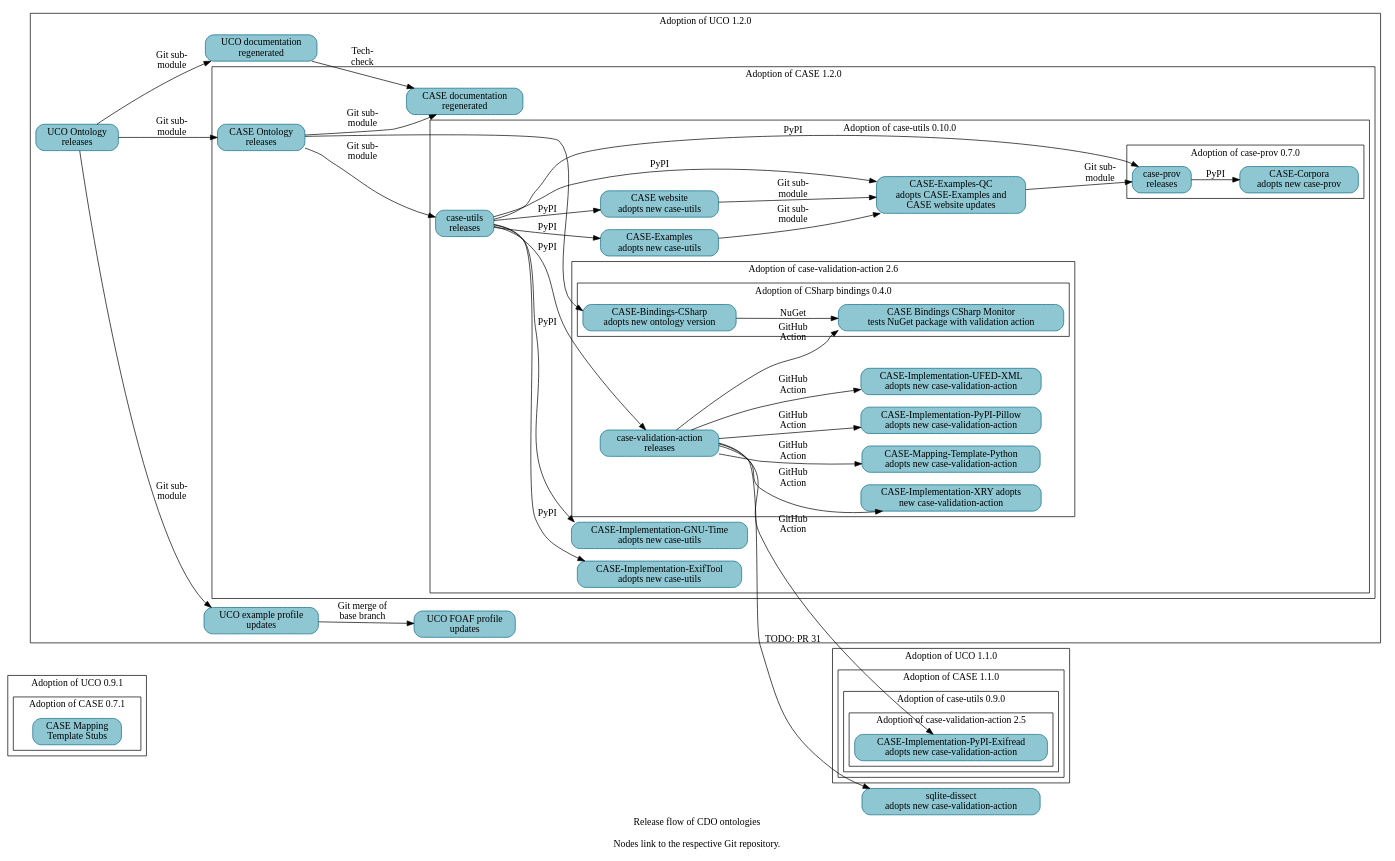
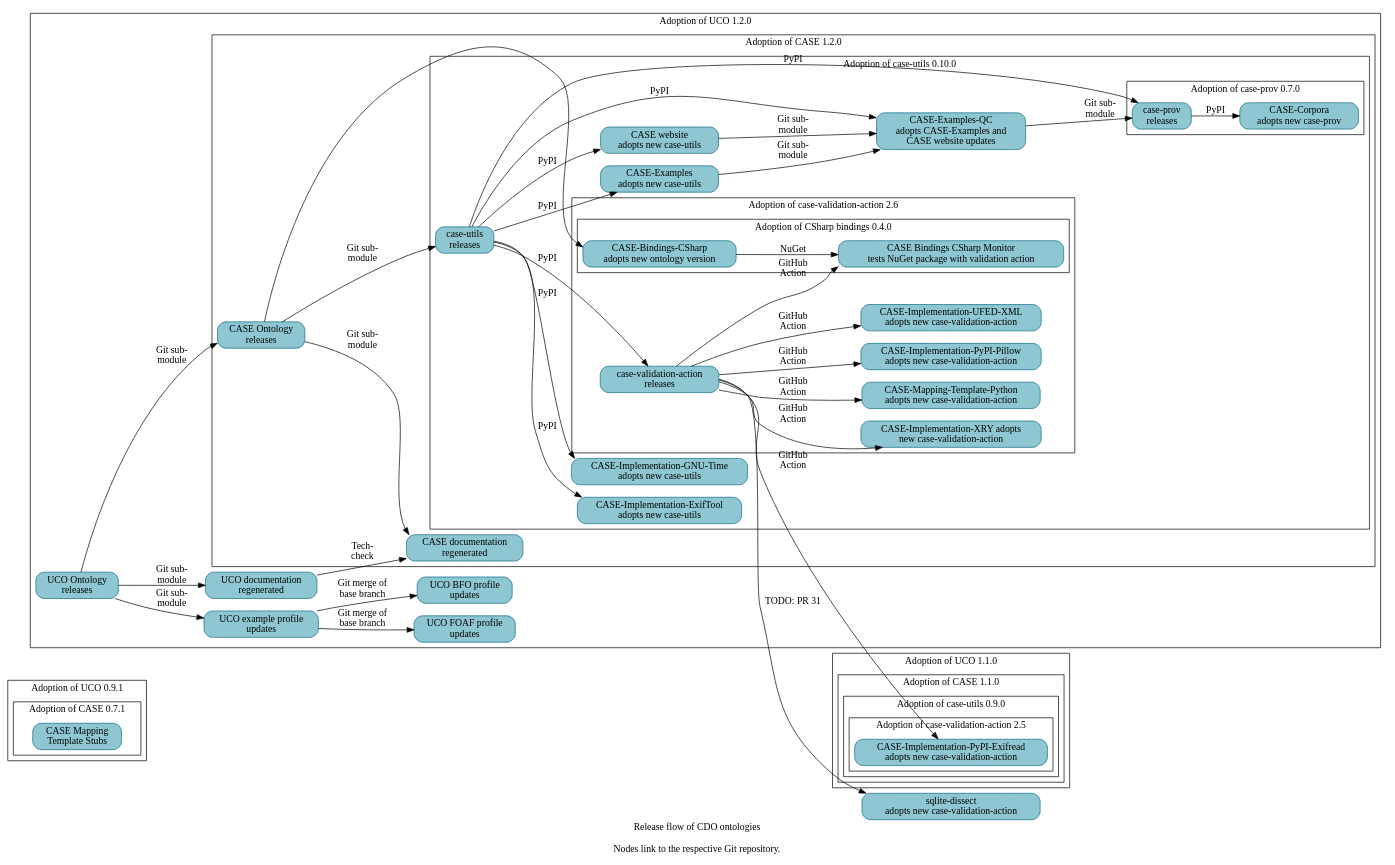
One commit to Cyber-Domain-Ontology/cdo.github.io changed the diagram in resources/project_release_flow.dot. Above: the diagram before and after it, drawn with Graphviz.

Commit message:
Add UCO-Profile-BFO
A follow-on patch will regenerate Make-managed files.

```diff
--- a/resources/project_release_flow.dot
+++ b/resources/project_release_flow.dot
@@ -1,115 +1,117 @@
 digraph "cdo_release_flow" {
   label = "Release flow of CDO ontologies\n\nNodes link to the respective Git repository." ;
   rankdir = "LR" ;
   node [shape="rectangle" style="filled,rounded" fillcolor="#8EC7D2" color="#0D6986"] ;
 
 
   // Define nodes in their corresponding progress subgraph.
 
   subgraph cluster_uco_0_9_1 {
     label = "Adoption of UCO 0.9.1" ;
 
     subgraph cluster_case_0_7_1 {
       label = "Adoption of CASE 0.7.1" ;
       _GH__CASEWORK__CASE_MAPPING_TEMPLATE_STUBS [URL="https://github.com/casework/CASE-Mapping-Template-Stubs" label="CASE Mapping\nTemplate Stubs"] ;
     }
   }
   subgraph cluster_uco_1_1_0 {
     label = "Adoption of UCO 1.1.0" ;
 
     subgraph cluster_case_1_1_0 {
       label = "Adoption of CASE 1.1.0" ;
 
       subgraph cluster_case_utils_0_9_0 {
         label = "Adoption of case-utils 0.9.0" ;
 
         subgraph cluster_case_validation_action_2_5 {
           label = "Adoption of case-validation-action 2.5" ;
 
           _GH__CASEWORK__CASE_IMPLEMENTATON_PYPI_EXIFREAD [URL="https://github.com/casework/CASE-Implementation-PyPI-Exifread" label="CASE-Implementation-PyPI-Exifread\nadopts new case-validation-action"] ;
         }
       }
     }
   }
   subgraph cluster_uco_1_2_0 {
     label = "Adoption of UCO 1.2.0" ;
 
     _GH__UCOPROJECT__ONTOLOGY_UNIFIEDCYBERONTOLOGY_ORG [URL="https://github.com/ucoProject/ontology.unifiedcyberontology.org" label="UCO documentation\nregenerated"] ;
     _GH__UCOPROJECT__UCO [URL="https://github.com/ucoProject/UCO" label="UCO Ontology\nreleases"] ;
+    _GH__UCOPROJECT__UCO_PROFILE_BFO [URL="https://github.com/ucoProject/UCO-Profile-BFO" label="UCO BFO profile\nupdates"] ;
     _GH__UCOPROJECT__UCO_PROFILE_EXAMPLE [URL="https://github.com/ucoProject/UCO-Profile-Example" label="UCO example profile\nupdates"] ;
     _GH__UCOPROJECT__UCO_PROFILE_FOAF [URL="https://github.com/ucoProject/UCO-Profile-FOAF" label="UCO FOAF profile\nupdates"] ;
 
     subgraph cluster_case_1_2_0 {
       label = "Adoption of CASE 1.2.0" ;
 
       _GH__CASEWORK__CASE [URL="https://github.com/casework/CASE" label="CASE Ontology\nreleases"] ;
       _GH__CASEWORK__ONTOLOGY_CASEONTOLOGY_ORG [URL="https://github.com/casework/ontology.caseontology.org" label="CASE documentation\nregenerated"] ;
 
       subgraph cluster_case_utils_0_10_0 {
         label = "Adoption of case-utils 0.10.0" ;
 
         _GH__AJNELSON_NIST__CASE_EXAMPLES_QC [URL="https://github.com/ajnelson-nist/CASE-Examples-QC" label="CASE-Examples-QC\nadopts CASE-Examples and\nCASE website updates"] ;
         _GH__CASEWORK__CASE_EXAMPLES [URL="https://github.com/casework/CASE-Examples" label="CASE-Examples\nadopts new case-utils"] ;
         _GH__CASEWORK__CASE_IMPLEMENTATON_EXIFTOOL [URL="https://github.com/casework/CASE-Implementation-ExifTool" label="CASE-Implementation-ExifTool\nadopts new case-utils"] ;
         _GH__CASEWORK__CASE_IMPLEMENTATON_GNU_TIME [URL="https://github.com/casework/CASE-Implementation-GNU-Time" label="CASE-Implementation-GNU-Time\nadopts new case-utils"] ;
         _GH__CASEWORK__CASE_UTILITIES_PYTHON [URL="https://github.com/casework/CASE-Utilities-Python" label="case-utils\nreleases"] ;
         _GH__CASEWORK__CASEWORK_GITHUB_IO [URL="https://github.com/casework/casework.github.io" label="CASE website\nadopts new case-utils"] ;
 
         subgraph cluster_case_prov_0_7_0 {
           label = "Adoption of case-prov 0.7.0" ;
 
           _GH__CASEWORK__CASE_CORPORA [URL="https://github.com/casework/CASE-Corpora" label="CASE-Corpora\nadopts new case-prov"] ;
           _GH__CASEWORK__CASE_IMPLEMENTATON_PROV_O [URL="https://github.com/casework/CASE-Implementation-PROV-O" label="case-prov\nreleases"] ;
         }
         subgraph cluster_case_validation_action_2_6 {
           label = "Adoption of case-validation-action 2.6" ;
 
           _GH__CASEWORK__CASE_IMPLEMENTATON_PYPI_PILLOW [URL="https://github.com/casework/CASE-Implementation-PyPI-Pillow" label="CASE-Implementation-PyPI-Pillow\nadopts new case-validation-action"] ;
           _GH__CASEWORK__CASE_IMPLEMENTATON_UFED_XML [URL="https://github.com/casework/CASE-Implementation-UFED-XML" label="CASE-Implementation-UFED-XML\nadopts new case-validation-action"] ;
           _GH__CASEWORK__CASE_IMPLEMENTATON_XRY [URL="https://github.com/casework/CASE-Implementation-XRY" label="CASE-Implementation-XRY adopts\nnew case-validation-action"] ;
           _GH__CASEWORK__CASE_MAPPING_TEMPLATE_PYTHON [URL="https://github.com/casework/CASE-Mapping-Template-Python" label="CASE-Mapping-Template-Python\nadopts new case-validation-action"] ;
           _GH__KCHASON__CASE_VALIDATION_ACTION [URL="https://github.com/kchason/case-validation-action" label="case-validation-action\nreleases"] ;
 
           subgraph cluster_case_bindings_csharp_0_4_0 {
             label = "Adoption of CSharp bindings 0.4.0" ;
 
             _GH__CASEWORK__CASE_BINDINGS_CSHARP_MONITOR [URL="https://github.com/casework/CASE-Bindings-CSharp-Monitor" label="CASE Bindings CSharp Monitor\ntests NuGet package with validation action"] ;
             _GH__CIPHERTECHSOLUTIONS__CASE_BINDINGS_CSHARP [URL="https://github.com/ciphertechsolutions/CASE-Bindings-CSharp" label="CASE-Bindings-CSharp\nadopts new ontology version"]
           }
         }
       }
     }
   }
 
   _GH__DOD_CYBER_CRIME_CENTER__SQLITE_DISSECT [URL="https://github.com/dod-cyber-crime-center/sqlite-dissect" label="sqlite-dissect\nadopts new case-validation-action"] ;
 
   // Begin edges
 
   _GH__AJNELSON_NIST__CASE_EXAMPLES_QC -> _GH__CASEWORK__CASE_IMPLEMENTATON_PROV_O [label="Git sub-\nmodule"] ;
   _GH__CASEWORK__CASE -> _GH__CASEWORK__CASE_UTILITIES_PYTHON [label="Git sub-\nmodule"] ;
   _GH__CASEWORK__CASE -> _GH__CIPHERTECHSOLUTIONS__CASE_BINDINGS_CSHARP ;
   _GH__CASEWORK__CASE -> _GH__CASEWORK__ONTOLOGY_CASEONTOLOGY_ORG [label="Git sub-\nmodule"] ; 
   _GH__CASEWORK__CASE_EXAMPLES -> _GH__AJNELSON_NIST__CASE_EXAMPLES_QC [label="Git sub-\nmodule"] ;
   _GH__CASEWORK__CASE_IMPLEMENTATON_PROV_O -> _GH__CASEWORK__CASE_CORPORA [label="PyPI"] ;
   _GH__CASEWORK__CASE_UTILITIES_PYTHON -> _GH__AJNELSON_NIST__CASE_EXAMPLES_QC [label="PyPI"] ;
   _GH__CASEWORK__CASE_UTILITIES_PYTHON -> _GH__CASEWORK__CASE_EXAMPLES [label="PyPI"] ;
   _GH__CASEWORK__CASE_UTILITIES_PYTHON -> _GH__CASEWORK__CASE_IMPLEMENTATON_EXIFTOOL [label="PyPI"] ;
   _GH__CASEWORK__CASE_UTILITIES_PYTHON -> _GH__CASEWORK__CASE_IMPLEMENTATON_GNU_TIME [label="PyPI"] ;
   _GH__CASEWORK__CASE_UTILITIES_PYTHON -> _GH__CASEWORK__CASE_IMPLEMENTATON_PROV_O [label="PyPI"] ;
   _GH__CASEWORK__CASE_UTILITIES_PYTHON -> _GH__KCHASON__CASE_VALIDATION_ACTION [label="PyPI"] ;
   _GH__CASEWORK__CASE_UTILITIES_PYTHON -> _GH__CASEWORK__CASEWORK_GITHUB_IO [label="PyPI"] ;
   _GH__CASEWORK__CASEWORK_GITHUB_IO -> _GH__AJNELSON_NIST__CASE_EXAMPLES_QC [label="Git sub-\nmodule"] ;
   _GH__CIPHERTECHSOLUTIONS__CASE_BINDINGS_CSHARP -> _GH__CASEWORK__CASE_BINDINGS_CSHARP_MONITOR [label="NuGet"] ;
   _GH__KCHASON__CASE_VALIDATION_ACTION -> _GH__CASEWORK__CASE_BINDINGS_CSHARP_MONITOR [label="GitHub\nAction"] ;
   _GH__KCHASON__CASE_VALIDATION_ACTION -> _GH__CASEWORK__CASE_IMPLEMENTATON_PYPI_EXIFREAD [label="GitHub\nAction"] ;
   _GH__KCHASON__CASE_VALIDATION_ACTION -> _GH__CASEWORK__CASE_IMPLEMENTATON_PYPI_PILLOW [label="GitHub\nAction"] ;
   _GH__KCHASON__CASE_VALIDATION_ACTION -> _GH__CASEWORK__CASE_IMPLEMENTATON_UFED_XML [label="GitHub\nAction"] ;
   _GH__KCHASON__CASE_VALIDATION_ACTION -> _GH__CASEWORK__CASE_IMPLEMENTATON_XRY [label="GitHub\nAction"] ;
   _GH__KCHASON__CASE_VALIDATION_ACTION -> _GH__CASEWORK__CASE_MAPPING_TEMPLATE_PYTHON [label="GitHub\nAction"] ;
   _GH__KCHASON__CASE_VALIDATION_ACTION -> _GH__DOD_CYBER_CRIME_CENTER__SQLITE_DISSECT [URL="https://github.com/dod-cyber-crime-center/sqlite-dissect/pull/31" label="TODO: PR 31"] ;
   _GH__UCOPROJECT__ONTOLOGY_UNIFIEDCYBERONTOLOGY_ORG -> _GH__CASEWORK__ONTOLOGY_CASEONTOLOGY_ORG [label="Tech-\ncheck"];
   _GH__UCOPROJECT__UCO -> _GH__CASEWORK__CASE [label="Git sub-\nmodule"] ;
   _GH__UCOPROJECT__UCO -> _GH__UCOPROJECT__ONTOLOGY_UNIFIEDCYBERONTOLOGY_ORG [label="Git sub-\nmodule"] ;
   _GH__UCOPROJECT__UCO -> _GH__UCOPROJECT__UCO_PROFILE_EXAMPLE [label="Git sub-\nmodule"] ;
+  _GH__UCOPROJECT__UCO_PROFILE_EXAMPLE -> _GH__UCOPROJECT__UCO_PROFILE_BFO [label="Git merge of\nbase branch"] ;
   _GH__UCOPROJECT__UCO_PROFILE_EXAMPLE -> _GH__UCOPROJECT__UCO_PROFILE_FOAF [label="Git merge of\nbase branch"] ;
 }
```
